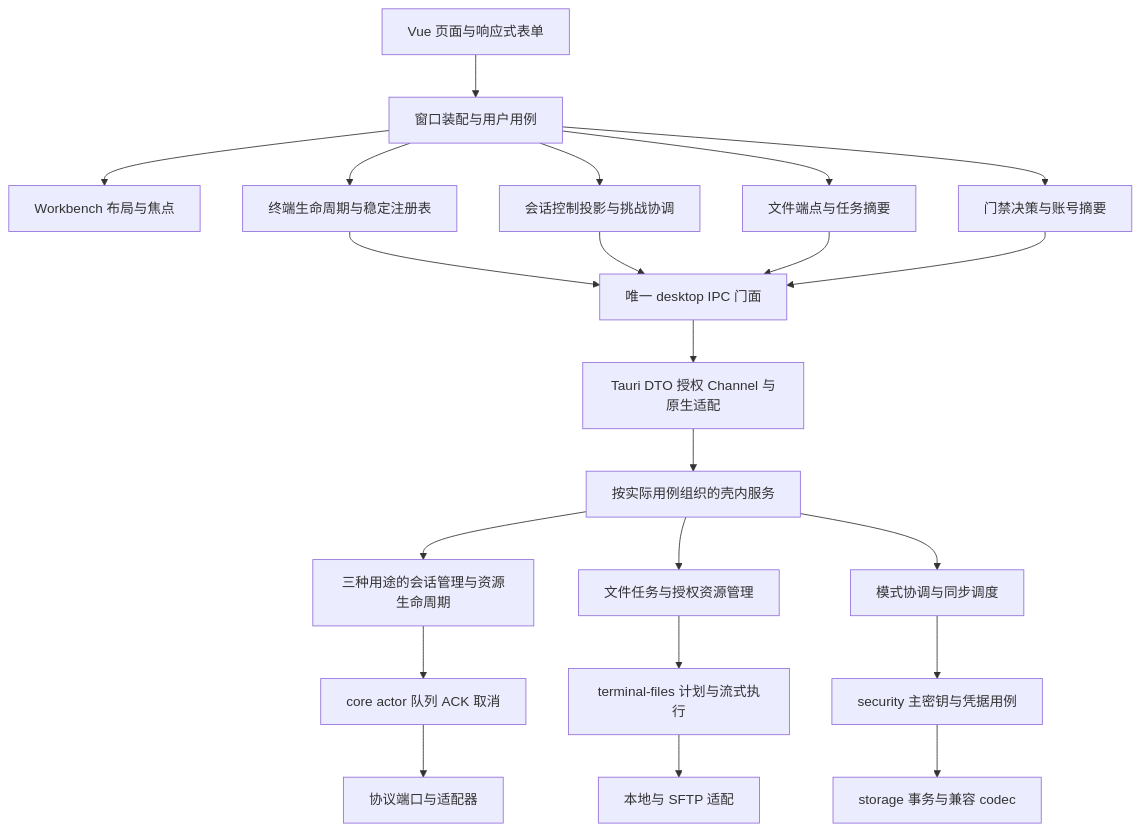
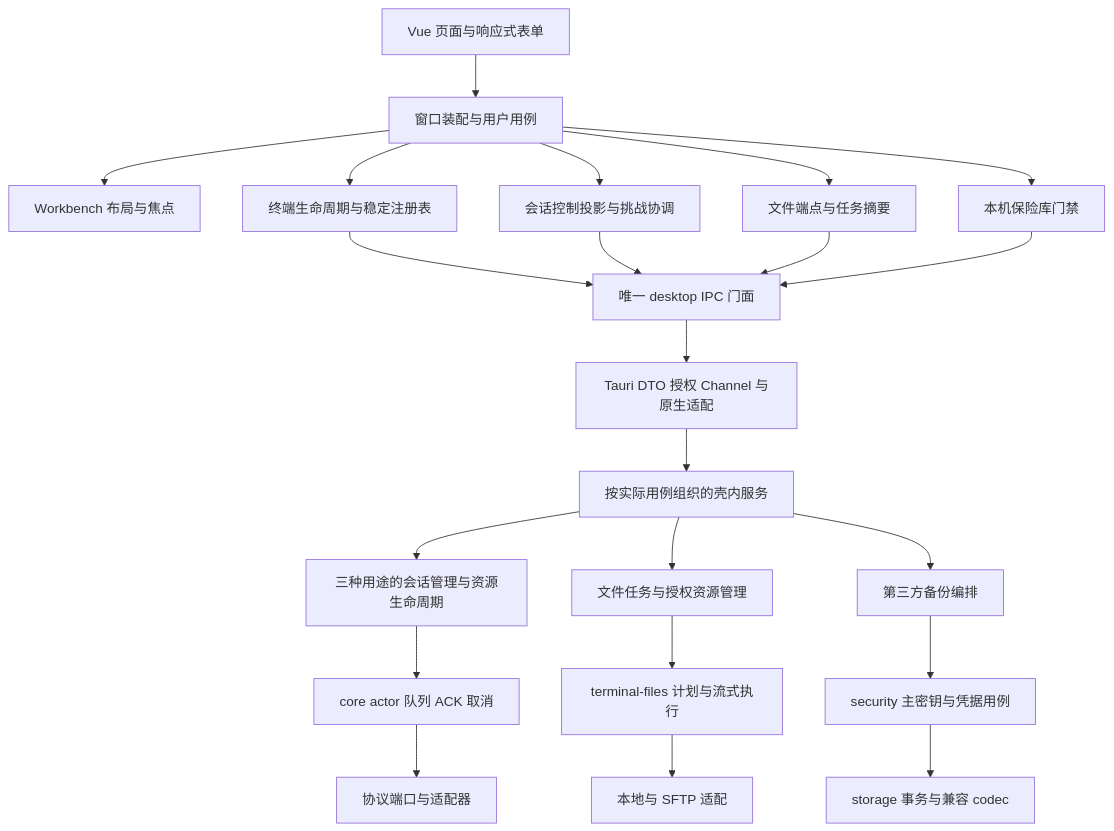
Before and after one commit to h3110w0r1d-y/termeta: the diagram in docs/27-architecture-refactoring.md, drawn with Mermaid. The commit also changed other lines of this file and 88 other files, not shown here.

````diff
--- a/docs/27-architecture-refactoring.md
+++ b/docs/27-architecture-refactoring.md
@@ -123,24 +100,24 @@
 ```mermaid
 flowchart TB
   UI[Vue 页面与响应式表单] --> UC[窗口装配与用户用例]
   UC --> WB[Workbench 布局与焦点]
   UC --> TL[终端生命周期与稳定注册表]
   UC --> CP[会话控制投影与挑战协调]
   UC --> FT[文件端点与任务摘要]
-  UC --> GT[门禁决策与账号摘要]
+  UC --> GT[本机保险库门禁]
   TL --> IPC[唯一 desktop IPC 门面]
   CP --> IPC
   FT --> IPC
   GT --> IPC
   IPC --> CMD[Tauri DTO 授权 Channel 与原生适配]
   CMD --> APP[按实际用例组织的壳内服务]
   APP --> SM[三种用途的会话管理与资源生命周期]
   APP --> FILE[文件任务与授权资源管理]
-  APP --> SYNC[模式协调与同步调度]
+  APP --> BACKUP[第三方备份编排]
   SM --> CORE[core actor 队列 ACK 取消]
   CORE --> DRIVER[协议端口与适配器]
   FILE --> PORT[terminal-files 计划与流式执行]
   PORT --> PROVIDER[本地与 SFTP 适配]
-  SYNC --> VAULT[security 主密钥与凭据用例]
+  BACKUP --> VAULT[security 主密钥与凭据用例]
   VAULT --> STORE[storage 事务与兼容 codec]
 ```
````
